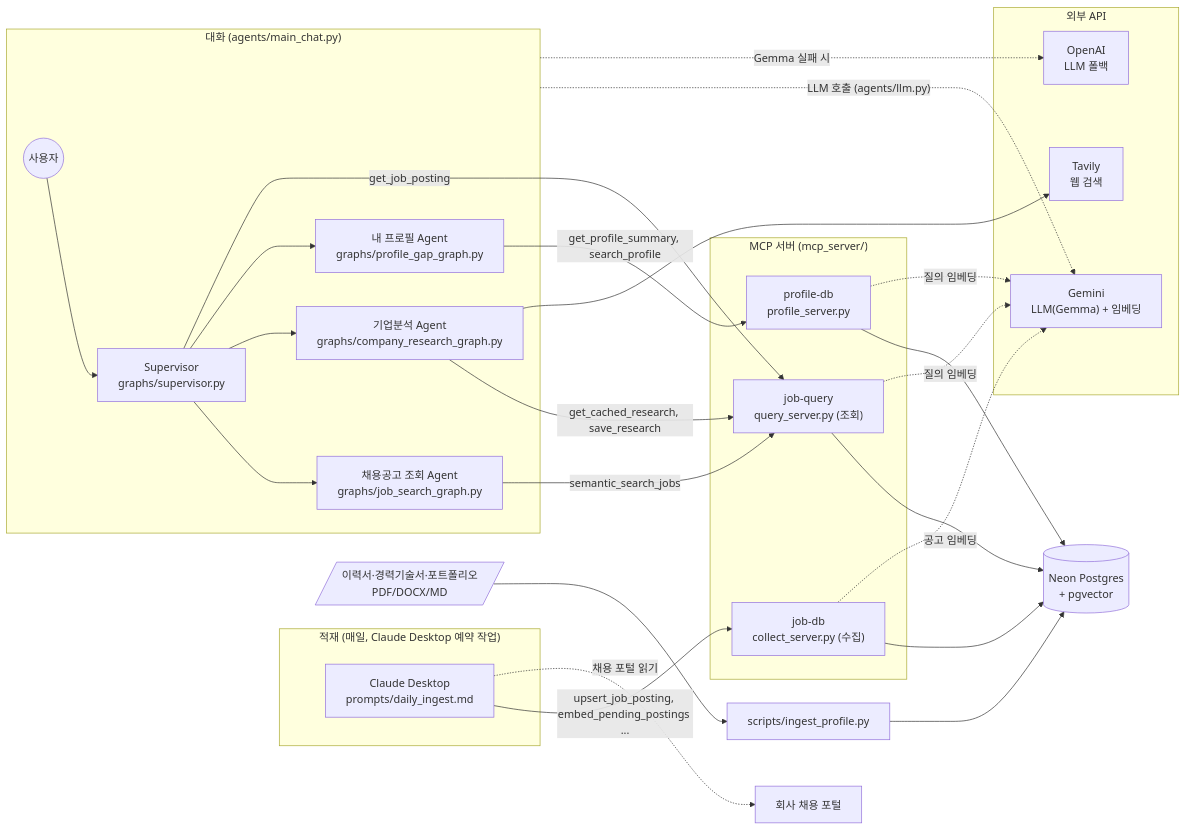
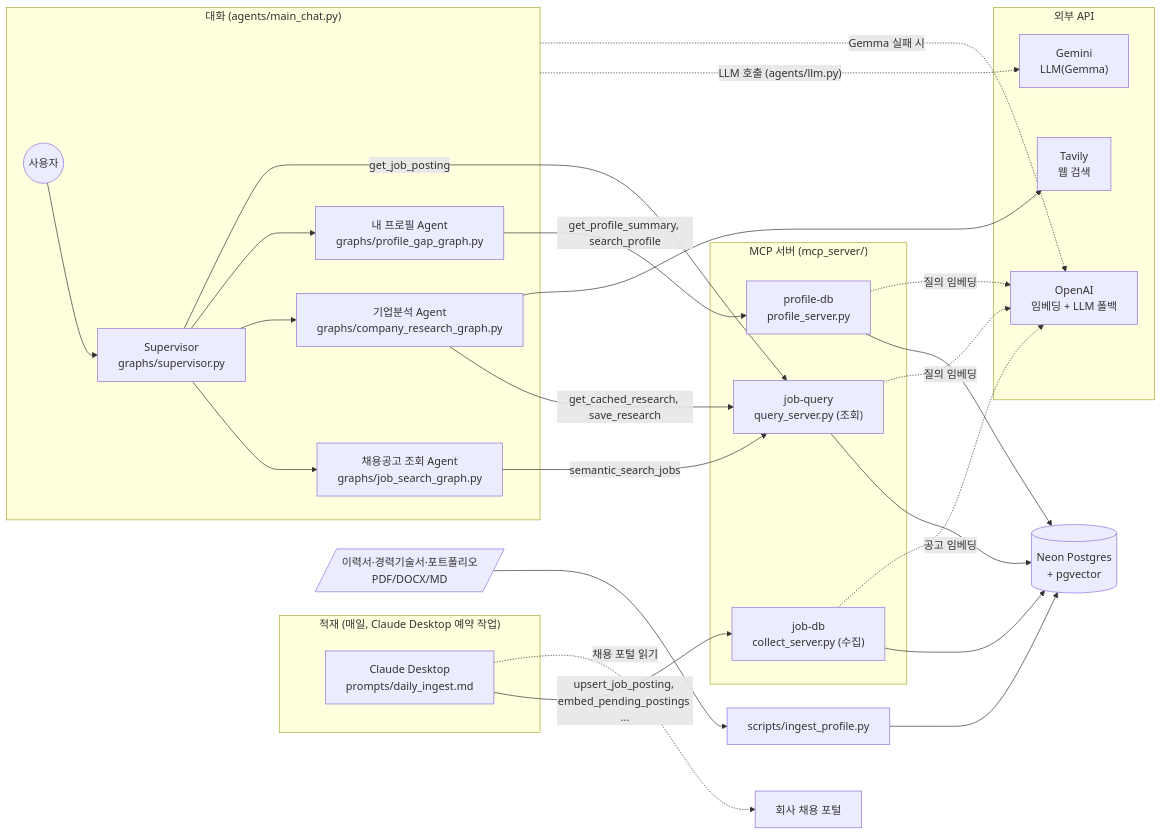
Before and after one commit to hymn-fly/recruit-posting-agent: the first of 5 diagrams in README.md, drawn with Mermaid. The commit also changed other lines of this file and 4 other files, not shown here.

````diff
--- a/README.md
+++ b/README.md
@@ -82,46 +82,46 @@
 ```mermaid
 flowchart LR
     subgraph Ingest["적재 (매일, Claude Desktop 예약 작업)"]
         CD["Claude Desktop<br/>prompts/daily_ingest.md"]
     end
 
     subgraph Chat["대화 (agents/main_chat.py)"]
         U(("사용자")) --> SV["Supervisor<br/>graphs/supervisor.py"]
         SV --> JS["채용공고 조회 Agent<br/>graphs/job_search_graph.py"]
         SV --> CR["기업분석 Agent<br/>graphs/company_research_graph.py"]
         SV --> PG["내 프로필 Agent<br/>graphs/profile_gap_graph.py"]
     end
 
     subgraph MCP["MCP 서버 (mcp_server/)"]
         JDB["job-db<br/>collect_server.py (수집)"]
         JQ["job-query<br/>query_server.py (조회)"]
         PDB["profile-db<br/>profile_server.py"]
     end
 
     subgraph Ext["외부 API"]
-        GEM["Gemini<br/>LLM(Gemma) + 임베딩"]
-        OAI["OpenAI<br/>LLM 폴백"]
+        GEM["Gemini<br/>LLM(Gemma)"]
+        OAI["OpenAI<br/>임베딩 + LLM 폴백"]
         TAV["Tavily<br/>웹 검색"]
     end
 
     DB[("Neon Postgres<br/>+ pgvector")]
     SCR["scripts/ingest_profile.py"]
     FILES[/"이력서·경력기술서·포트폴리오<br/>PDF/DOCX/MD"/]
 
     CD -- "upsert_job_posting, embed_pending_postings ..." --> JDB
     CD -. "채용 포털 읽기" .-> WEB["회사 채용 포털"]
     JS -- semantic_search_jobs --> JQ
     CR -- "get_cached_research, save_research" --> JQ
     CR --> TAV
     PG -- "get_profile_summary, search_profile" --> PDB
     SV -- "get_job_posting" --> JQ
     FILES --> SCR --> DB
     JDB --> DB
     JQ --> DB
     PDB --> DB
-    JDB -. "공고 임베딩" .-> GEM
-    JQ -. "질의 임베딩" .-> GEM
-    PDB -. "질의 임베딩" .-> GEM
+    JDB -. "공고 임베딩" .-> OAI
+    JQ -. "질의 임베딩" .-> OAI
+    PDB -. "질의 임베딩" .-> OAI
     Chat -. "LLM 호출 (agents/llm.py)" .-> GEM
     Chat -. "Gemma 실패 시" .-> OAI
 ```
````
